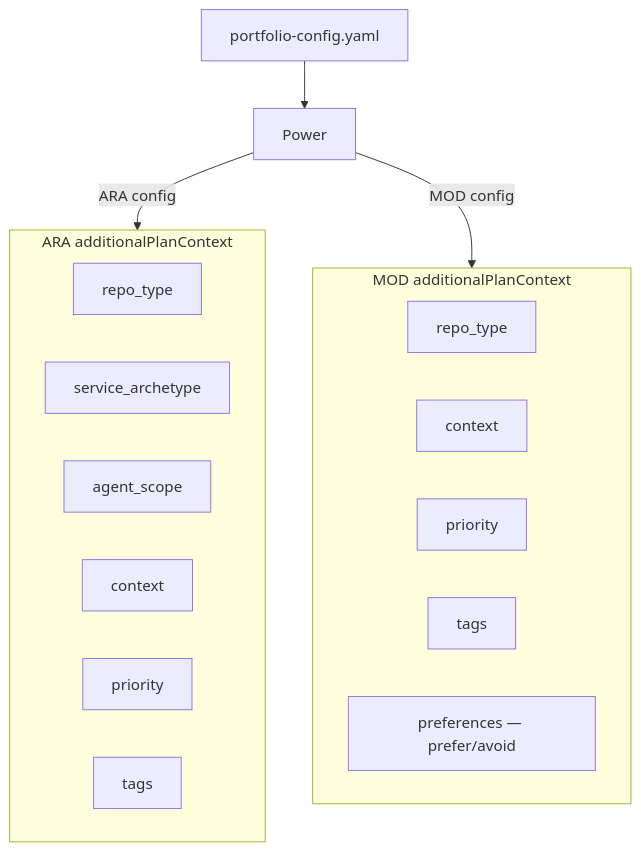
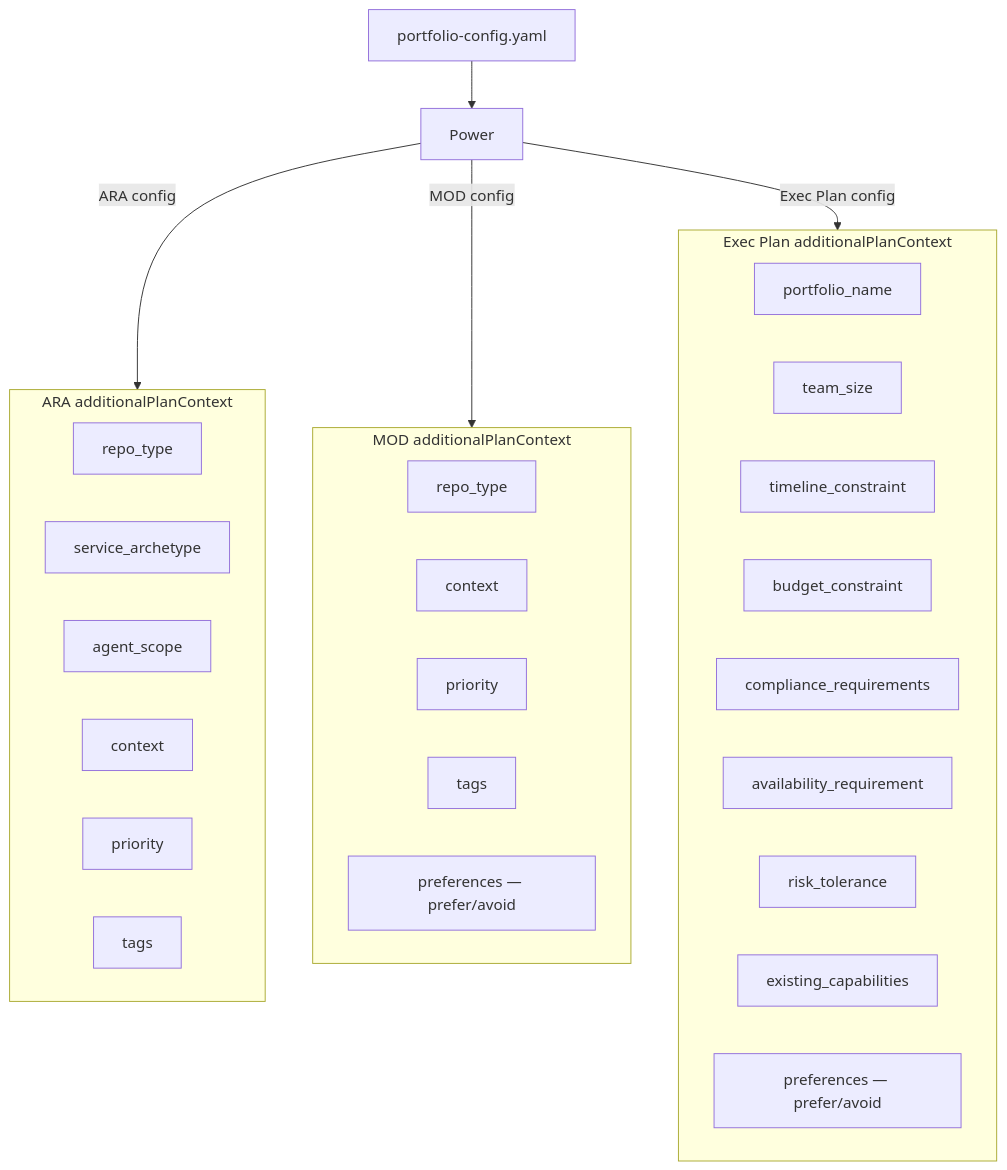
One commit to aws-samples/sample-agentic-readiness-analysis-orchestrator changed the third of 4 diagrams in README.md. Above: the diagram before and after it, drawn with Mermaid. The commit also changed other lines of this file and 4 other files, not shown here.

First line of the commit message:
fix: consolidate all config into portfolio-config.yaml (no separate exec plan config)

````diff
--- a/README.md
+++ b/README.md
@@ -84,24 +82,37 @@
 ```mermaid
 flowchart TB
     YAML[portfolio-config.yaml] --> POWER[Power]
     
     POWER -->|ARA config| ARA_CFG
     POWER -->|MOD config| MOD_CFG
+    POWER -->|Exec Plan config| EXEC_CFG
 
     subgraph ARA_CFG [ARA additionalPlanContext]
         A1[repo_type]
         A2[service_archetype]
         A3[agent_scope]
         A4[context]
         A5[priority]
         A6[tags]
     end
 
     subgraph MOD_CFG [MOD additionalPlanContext]
         M1[repo_type]
         M2[context]
         M3[priority]
         M4[tags]
         M5[preferences — prefer/avoid]
     end
+
+    subgraph EXEC_CFG [Exec Plan additionalPlanContext]
+        E1[portfolio_name]
+        E2[team_size]
+        E3[timeline_constraint]
+        E4[budget_constraint]
+        E5[compliance_requirements]
+        E6[availability_requirement]
+        E7[risk_tolerance]
+        E8[existing_capabilities]
+        E9[preferences — prefer/avoid]
+    end
 ```
````
